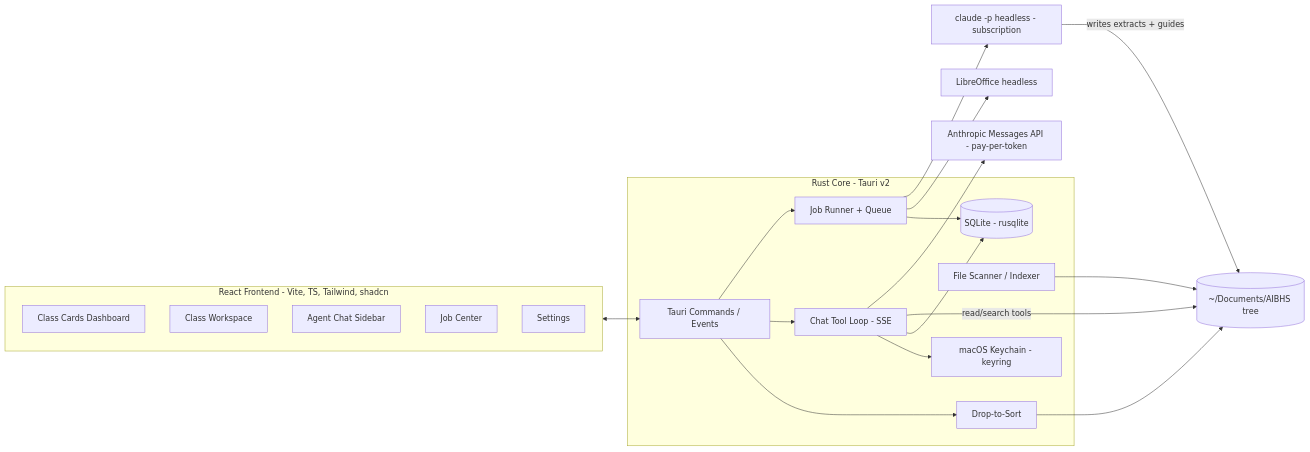
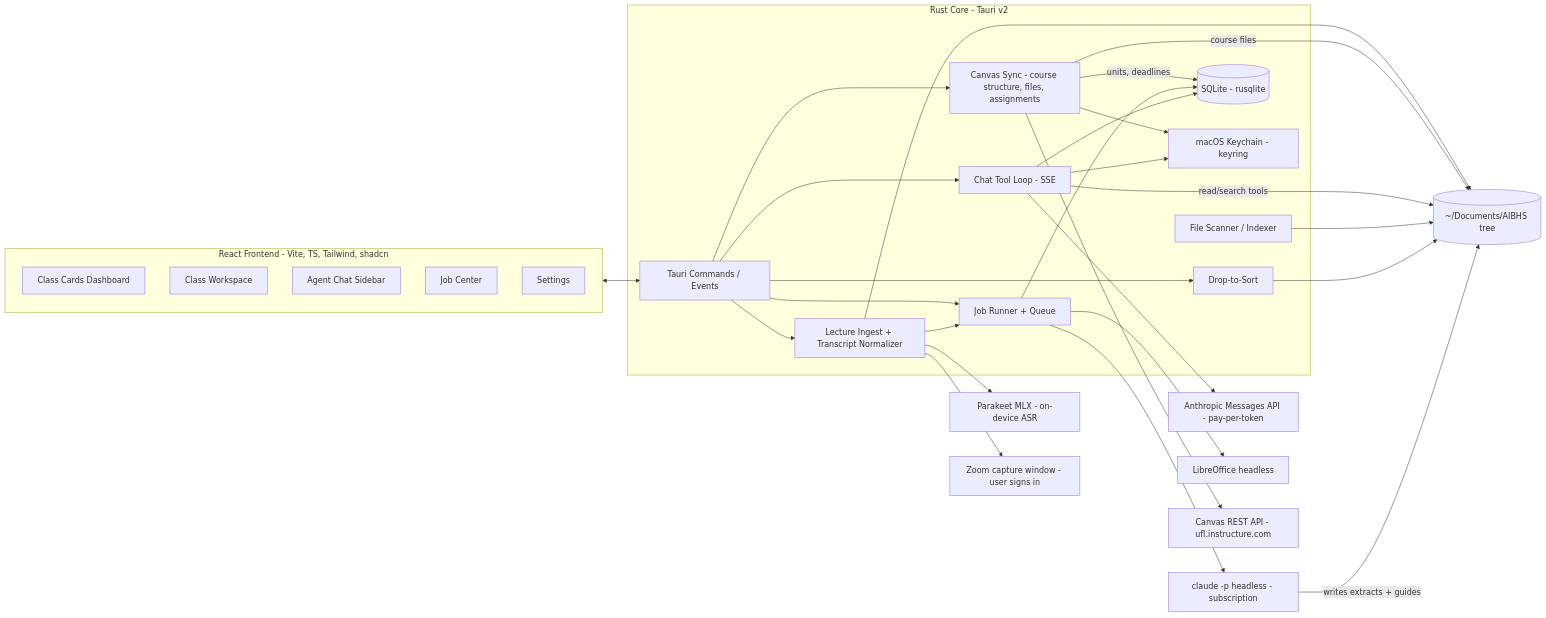
Before and after one commit to scalinity/ClassHub: the diagram in SPEC.md, drawn with Mermaid. The commit also changed other lines of this file and 2 other files, not shown here.

````diff
--- a/SPEC.md
+++ b/SPEC.md
@@ -51,38 +121,53 @@
 ```mermaid
 flowchart LR
     subgraph ui [React Frontend - Vite, TS, Tailwind, shadcn]
         Dashboard[Class Cards Dashboard]
         ClassView[Class Workspace]
         ChatSidebar[Agent Chat Sidebar]
         JobCenter[Job Center]
         Settings[Settings]
     end
     subgraph rust [Rust Core - Tauri v2]
         Cmds[Tauri Commands / Events]
         Jobs[Job Runner + Queue]
         ChatLoop[Chat Tool Loop - SSE]
         Sorter[Drop-to-Sort]
         Scanner[File Scanner / Indexer]
+        Lectures[Lecture Ingest + Transcript Normalizer]
+        Canvas[Canvas Sync - course structure, files, assignments]
         DB[(SQLite - rusqlite)]
         Keychain[macOS Keychain - keyring]
     end
     AIBHS[(~/Documents/AIBHS tree)]
     CLI[claude -p headless - subscription]
     API[Anthropic Messages API - pay-per-token]
     LO[LibreOffice headless]
+    PK[Parakeet MLX - on-device ASR]
+    ZM[Zoom capture window - user signs in]
+    CV[Canvas REST API - ufl.instructure.com]
 
     ui <--> Cmds
     Cmds --> Jobs
     Cmds --> ChatLoop
     Cmds --> Sorter
+    Cmds --> Lectures
+    Lectures --> PK
+    Lectures --> ZM
+    Lectures --> AIBHS
+    Lectures --> Jobs
+    Cmds --> Canvas
+    Canvas --> CV
+    Canvas -->|units, deadlines| DB
+    Canvas -->|course files| AIBHS
+    Canvas --> Keychain
     Jobs --> CLI
     Jobs --> LO
     ChatLoop --> API
     ChatLoop -->|read/search tools| AIBHS
     Scanner --> AIBHS
     Sorter --> AIBHS
     CLI -->|writes extracts + guides| AIBHS
     Jobs --> DB
     ChatLoop --> DB
     ChatLoop --> Keychain
 ```
````
